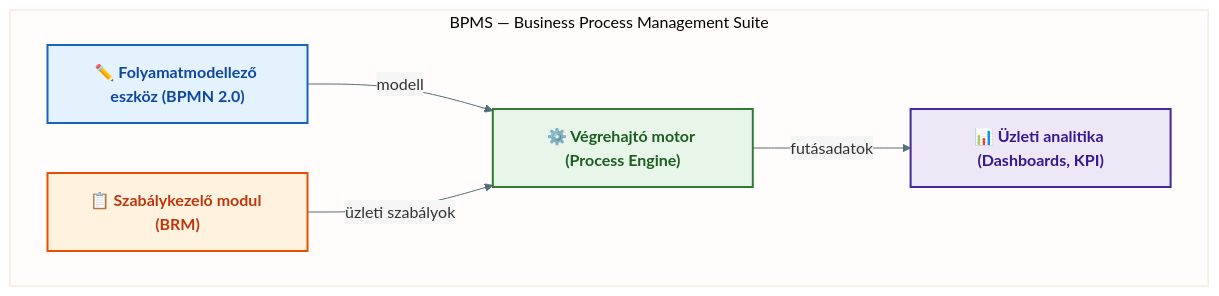
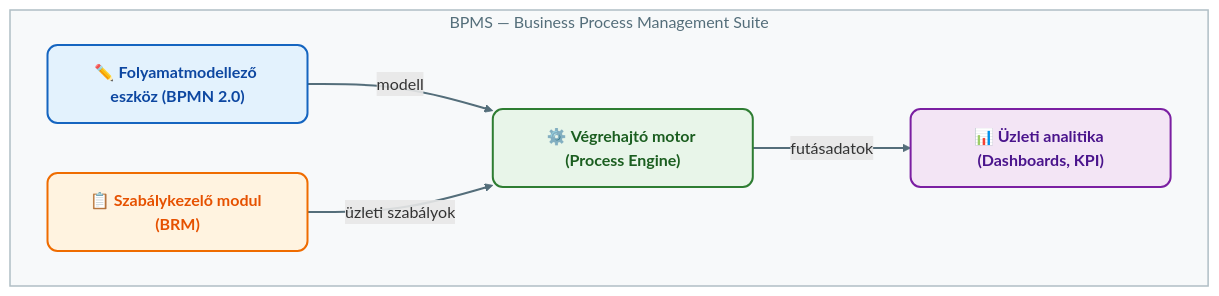
One commit to denespocsik/MM_BSC_Zarovizsga changed the second of 2 diagrams in Tételek/V01-GMXSF2MBLF-BPM életciklusa és BPMS rendszerek.tétel.md. Above: the diagram before and after it, drawn with Mermaid. The commit also changed other lines of this file and 34 other files, not shown here.

First line of the commit message:
style(tételek): egységes vizuális arculat a Mermaid-diagramokhoz

````diff
--- a/Tételek/V01-GMXSF2MBLF-BPM életciklusa és BPMS rendszerek.tétel.md
+++ b/Tételek/V01-GMXSF2MBLF-BPM életciklusa és BPMS rendszerek.tétel.md
@@ -45,18 +48,21 @@
 ```mermaid
-%%{init: {'theme': 'base', 'themeVariables': {'primaryColor': '#E3F2FD', 'primaryBorderColor': '#1565C0', 'lineColor': '#546E7A', 'edgeLabelBackground': '#F5F5F5'}}}%%
 graph TB
-    classDef model  fill:#E3F2FD,stroke:#1565C0,stroke-width:2px,color:#0D47A1,font-weight:bold
-    classDef engine fill:#E8F5E9,stroke:#2E7D32,stroke-width:2px,color:#1B5E20,font-weight:bold
-    classDef analyt fill:#EDE7F6,stroke:#4527A0,stroke-width:2px,color:#311B92,font-weight:bold
-    classDef rules  fill:#FFF3E0,stroke:#E65100,stroke-width:2px,color:#BF360C,font-weight:bold
-
     subgraph BPMS["BPMS — Business Process Management Suite"]
-        A["✏️ Folyamatmodellező eszköz (BPMN 2.0)"]:::model
-        B["⚙️ Végrehajtó motor (Process Engine)"]:::engine
-        C["📊 Üzleti analitika (Dashboards, KPI)"]:::analyt
-        D["📋 Szabálykezelő modul (BRM)"]:::rules
+        A["✏️ <b>Folyamatmodellező eszköz (BPMN 2.0)</b>"]:::kek
+        B["⚙️ <b>Végrehajtó motor (Process Engine)</b>"]:::zold
+        C["📊 <b>Üzleti analitika (Dashboards, KPI)</b>"]:::lila
+        D["📋 <b>Szabálykezelő modul (BRM)</b>"]:::narancs
         A -->|modell| B
         B -->|futásadatok| C
         D -->|üzleti szabályok| B
     end
+
+    classDef kek     fill:#e3f2fd,stroke:#1565c0,stroke-width:2px,color:#0d47a1,rx:10,ry:10;
+    classDef zold    fill:#e8f5e9,stroke:#2e7d32,stroke-width:2px,color:#1b5e20,rx:10,ry:10;
+    classDef narancs fill:#fff3e0,stroke:#ef6c00,stroke-width:2px,color:#e65100,rx:10,ry:10;
+    classDef lila    fill:#f3e5f5,stroke:#7b1fa2,stroke-width:2px,color:#4a148c,rx:10,ry:10;
+
+    style BPMS fill:#f7f9fa,stroke:#b0bec5,stroke-width:1.5px,color:#546e7a;
+
+    linkStyle default stroke:#546e7a,stroke-width:2px;
 ```
````
